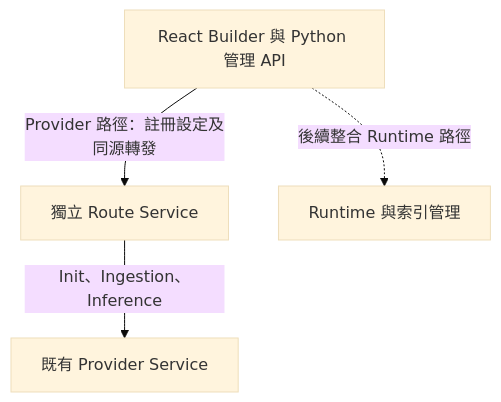
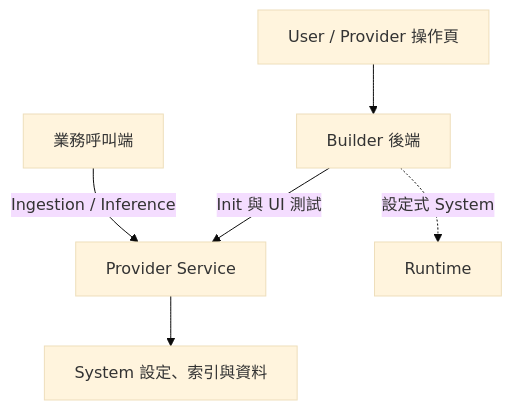
One commit to SunnyWenwen/rag_platform changed the first of 4 diagrams in router_method/architecture.md. Above: the diagram before and after it, drawn with Mermaid (base theme). The commit also changed other lines of this file and 12 other files, not shown here.

````diff
--- a/router_method/architecture.md
+++ b/router_method/architecture.md
@@ -5,10 +5,8 @@
 ```mermaid
 flowchart TD
-    B["React Builder 與 Python 管理 API"]
-    R["獨立 Route Service"]
-    P["既有 Provider Service"]
-    E["Runtime 與索引管理"]
-    B -->|"Provider 路徑：註冊設定及同源轉發"| R
-    R -->|"Init、Ingestion、Inference"| P
-    B -.->|"後續整合 Runtime 路徑"| E
+    U["User / Provider 操作頁"] --> B["Builder 後端"]
+    B -->|"Init 與 UI 測試"| P["Provider Service"]
+    C["業務呼叫端"] -->|"Ingestion / Inference"| P
+    P --> D["System 設定、索引與資料"]
+    B -.->|"設定式 System"| R["Runtime"]
 ```
````
